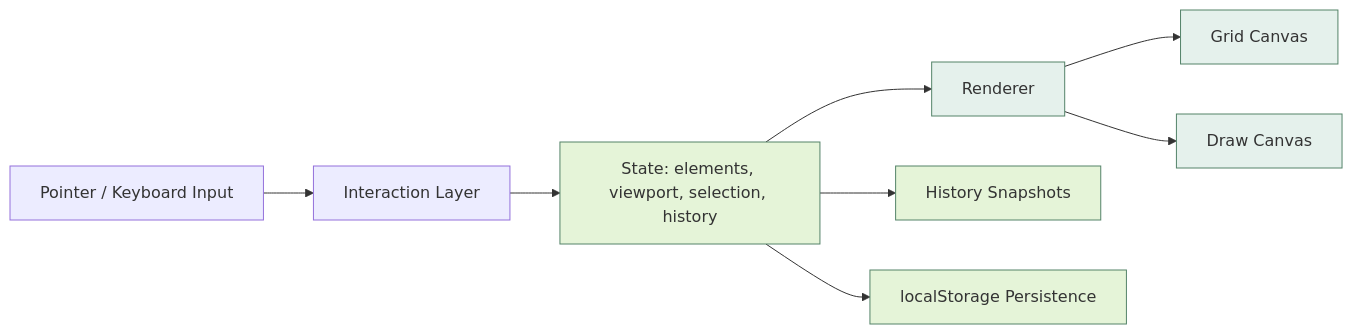
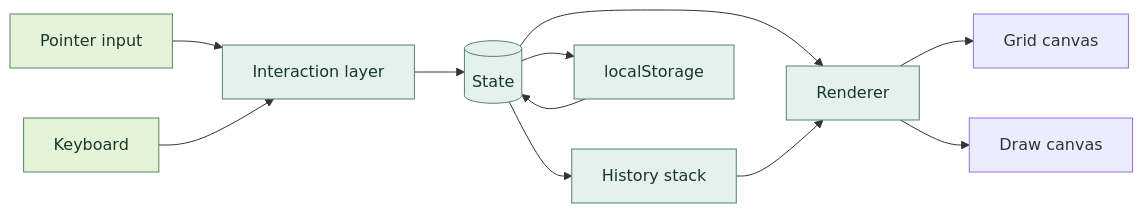
Before and after one commit to here-is-leo/Negar: the first of 2 diagrams in README.md, drawn with Mermaid. The commit also changed other lines of this file, not shown here.

````diff
--- a/README.md
+++ b/README.md
@@ -116,15 +121,17 @@
 ```mermaid
 flowchart LR
-    A[Pointer / Keyboard Input] --> B[Interaction Layer]
-    B --> C[State: elements, viewport, selection, history]
-    C --> D[Renderer]
-    D --> E[Grid Canvas]
-    D --> F[Draw Canvas]
-    C --> G[History Snapshots]
-    C --> H[localStorage Persistence]
-
-    classDef state fill:#E5F4D8,stroke:#548369
-    classDef render fill:#E5F1EC,stroke:#548369
-    class C,G,H state
-    class D,E,F render
+    P[Pointer input] --> I[Interaction layer]
+    K[Keyboard] --> I
+    I --> S[(State)]
+    S --> R[Renderer]
+    R --> G[Grid canvas]
+    R --> D[Draw canvas]
+    S --> H[History stack]
+    S --> L[localStorage]
+    H --> R
+    L --> S
+    classDef input fill:#E5F4D8,stroke:#548369,color:#17382B;
+    classDef core fill:#E5F1EC,stroke:#548369,color:#17382B;
+    class P,K input;
+    class I,S,R,H,L core;
 ```
````
